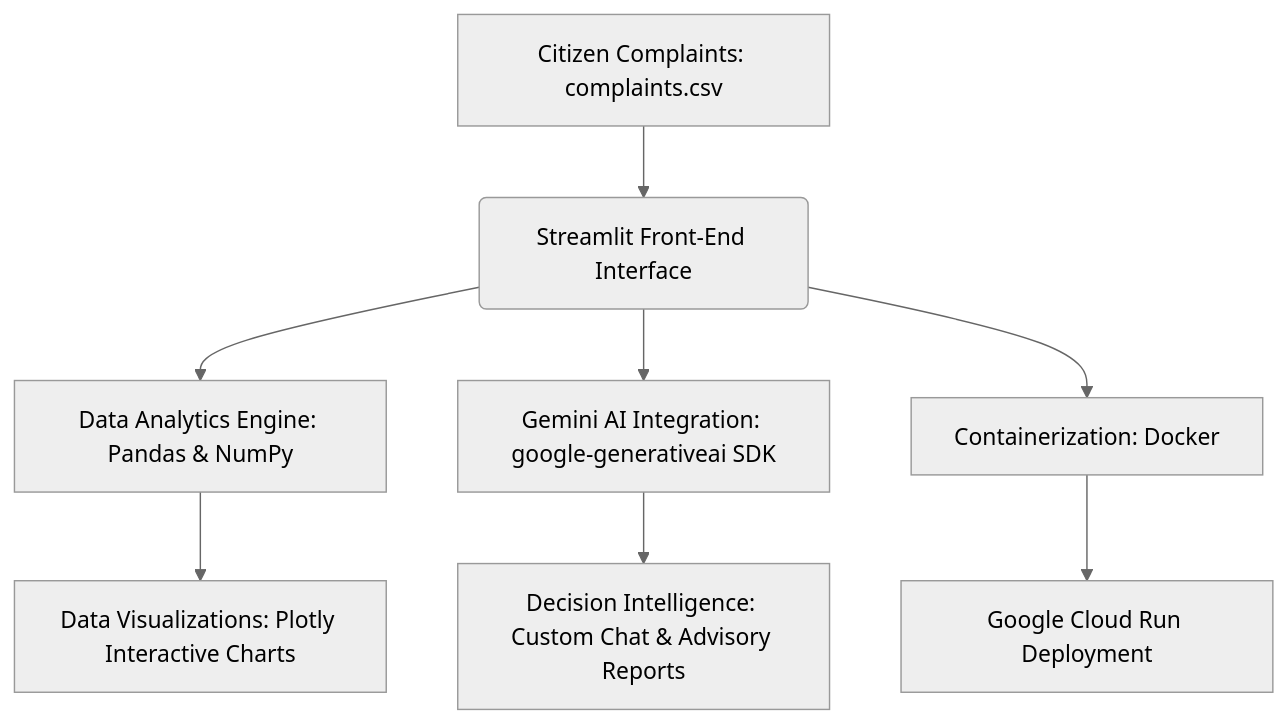
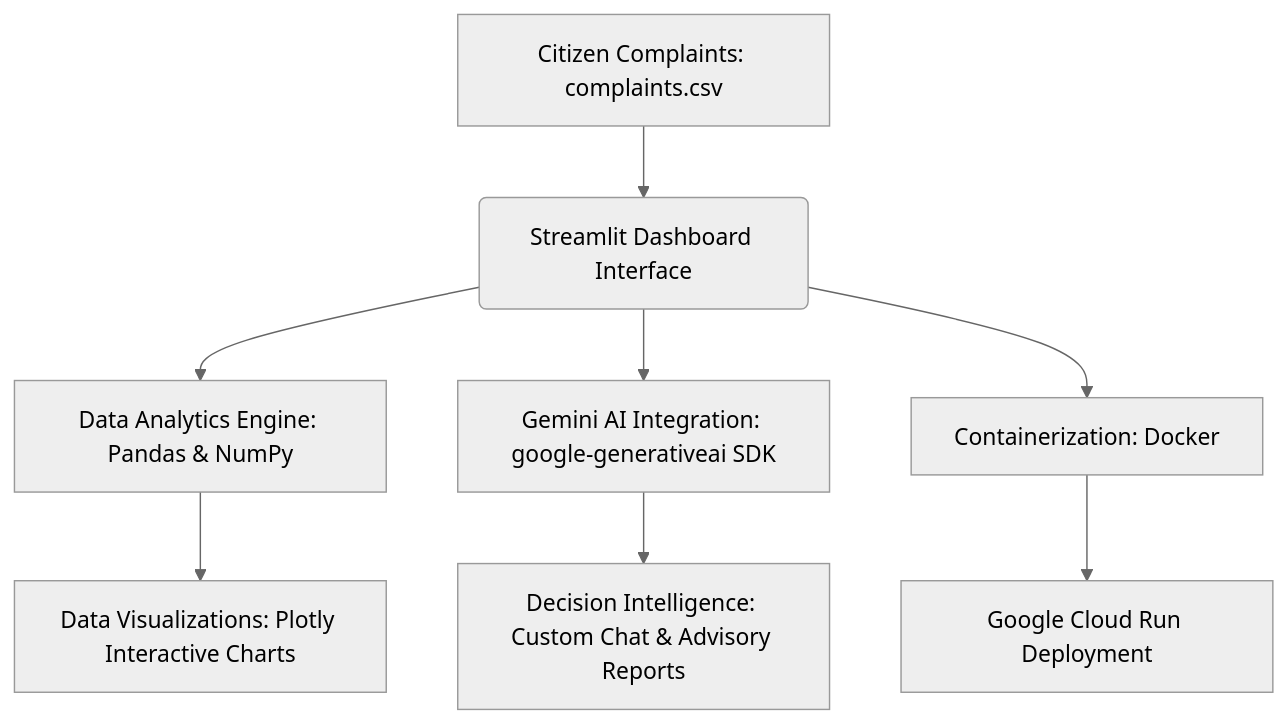
Before and after one commit to tirthgandhi9905/community-pulse: the diagram in README.md, drawn with Mermaid (neutral theme). The commit also changed other lines of this file, not shown here.

````diff
--- a/README.md
+++ b/README.md
@@ -33,10 +42,10 @@
 ```mermaid
 graph TD
-    A[Citizen Complaints: complaints.csv] --> B(Streamlit Front-End Interface)
+    A[Citizen Complaints: complaints.csv] --> B(Streamlit Dashboard Interface)
     B --> C[Data Analytics Engine: Pandas & NumPy]
     C --> D[Data Visualizations: Plotly Interactive Charts]
     B --> E[Gemini AI Integration: google-generativeai SDK]
     E --> F[Decision Intelligence: Custom Chat & Advisory Reports]
     B --> G[Containerization: Docker]
     G --> H[Google Cloud Run Deployment]
 ```
````
